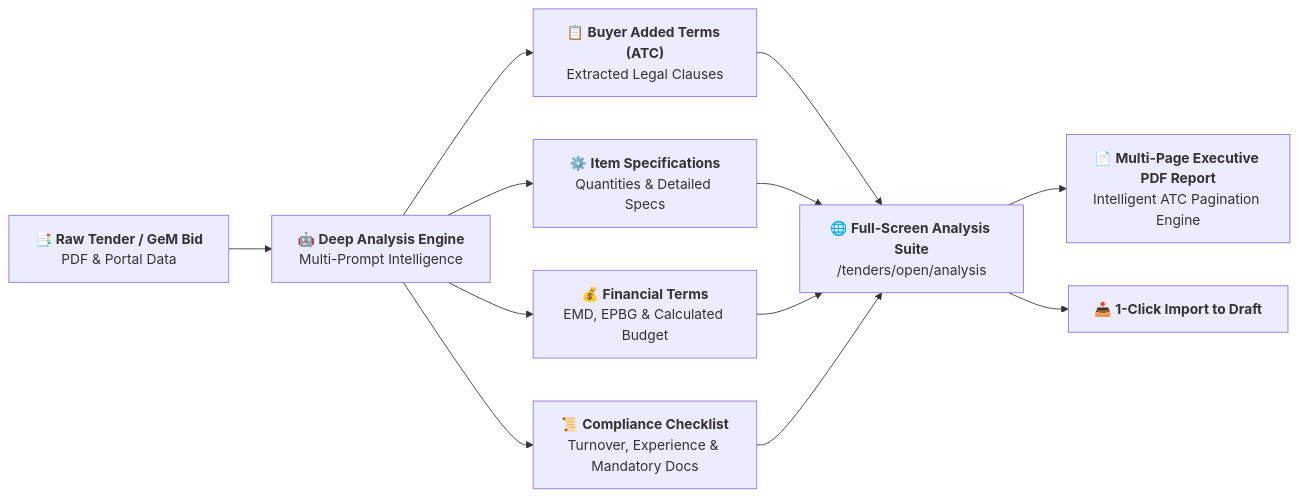
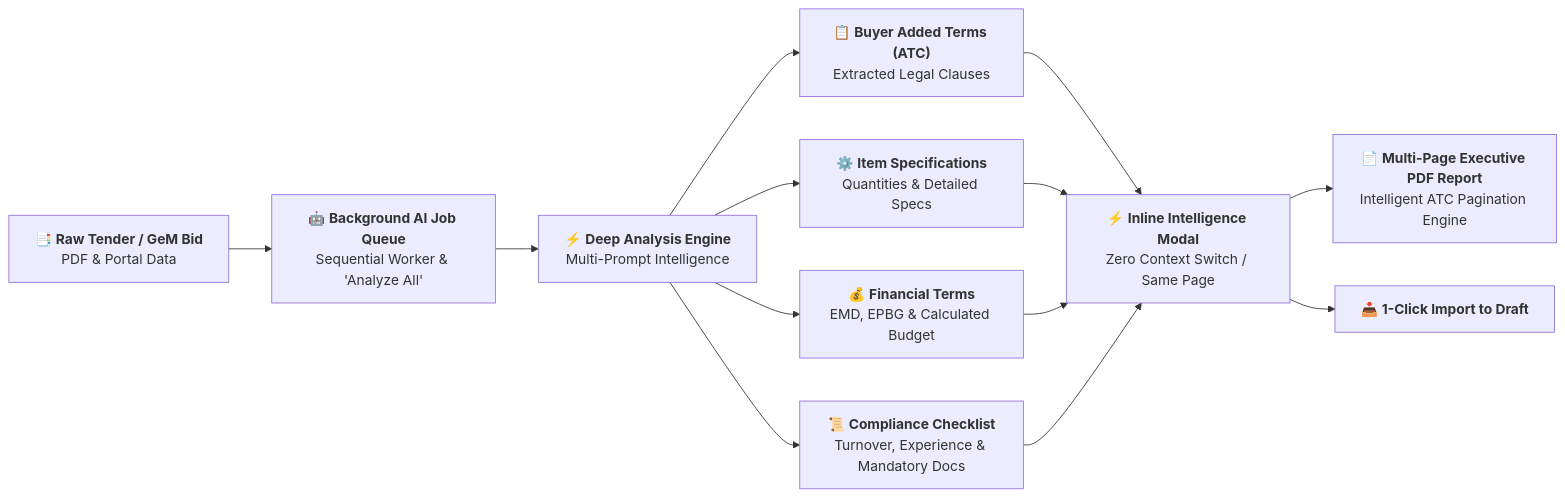
The third of 10 diagrams in README.md (Magraa/TenderFlow-AI), drawn with Mermaid before and after one commit. The commit also changed other lines of this file and 6 other files, not shown here.

Commit message:
feat: add inline AI analysis, background AI job queue drawer, batch analyze all & update README

````diff
--- a/README.md
+++ b/README.md
@@ -212,12 +220,13 @@
 ```mermaid
 flowchart LR
-    DOC["📑 <b>Raw Tender / GeM Bid</b><br/>PDF & Portal Data"] --> LLM["🤖 <b>Deep Analysis Engine</b><br/>Multi-Prompt Intelligence"]
+    DOC["📑 <b>Raw Tender / GeM Bid</b><br/>PDF & Portal Data"] --> QUEUE["🤖 <b>Background AI Job Queue</b><br/>Sequential Worker & 'Analyze All'"]
+    QUEUE --> LLM["⚡ <b>Deep Analysis Engine</b><br/>Multi-Prompt Intelligence"]
     LLM --> T1["📋 <b>Buyer Added Terms (ATC)</b><br/>Extracted Legal Clauses"]
     LLM --> T2["⚙️ <b>Item Specifications</b><br/>Quantities & Detailed Specs"]
     LLM --> T3["💰 <b>Financial Terms</b><br/>EMD, EPBG & Calculated Budget"]
     LLM --> T4["📜 <b>Compliance Checklist</b><br/>Turnover, Experience & Mandatory Docs"]
     
-    T1 & T2 & T3 & T4 --> SUITE["🌐 <b>Full-Screen Analysis Suite</b><br/>/tenders/open/analysis"]
-    SUITE --> PDF["📄 <b>Multi-Page Executive PDF Report</b><br/>Intelligent ATC Pagination Engine"]
-    SUITE --> IMP["📥 <b>1-Click Import to Draft</b>"]
+    T1 & T2 & T3 & T4 --> MODAL["⚡ <b>Inline Intelligence Modal</b><br/>Zero Context Switch / Same Page"]
+    MODAL --> PDF["📄 <b>Multi-Page Executive PDF Report</b><br/>Intelligent ATC Pagination Engine"]
+    MODAL --> IMP["📥 <b>1-Click Import to Draft</b>"]
 ```
````
